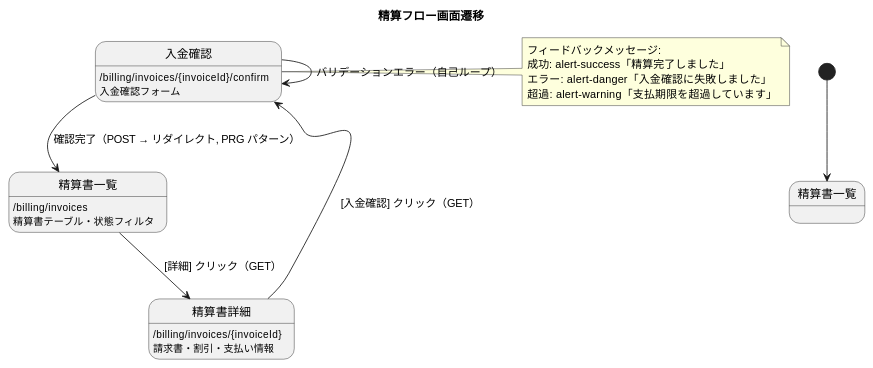
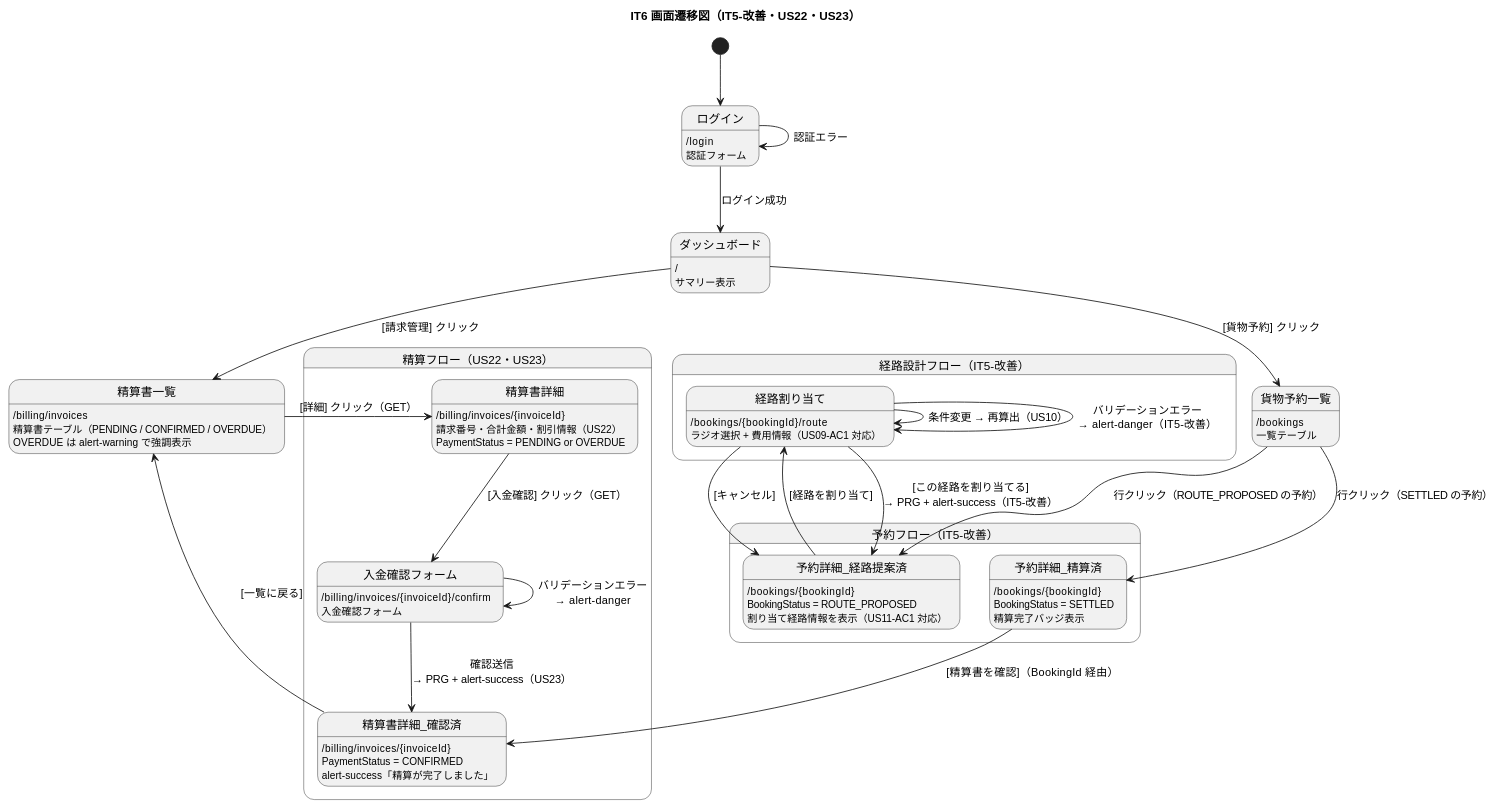
The seventh of 7 diagrams in docs/development/iteration_plan-6.md (k2works/case-study-cargo-tracker), drawn with PlantUML before and after one commit. The commit also changed other lines of this file, not shown here.

Commit message:
docs(plan): IT6 画面遷移図をログインから全体フロー形式に更新（IT5 準拠）
- ログイン → ダッシュボード → 予約/経路/精算フローの全体遷移を記述
- IT5-改善（費用情報・経路情報表示・フィードバックメッセージ）を遷移図に反映
- US22（割引情報表示）・US23（精算書発行・入金確認）の精算フローを追加
- PRG パターン・バリデーションエラー自己ループ・フィードバックメッセージを明記

````diff
--- a/docs/development/iteration_plan-6.md
+++ b/docs/development/iteration_plan-6.md
@@ -361,34 +363,88 @@
 ```plantuml
 @startuml
-title 精算フロー画面遷移
+title IT6 画面遷移図（IT5-改善・US22・US23）
 
-[*] --> 精算書一覧
+[*] --> ログイン
 
-state "精算書一覧" as invoice_list {
-  invoice_list : /billing/invoices
-  invoice_list : 精算書テーブル・状態フィルタ
+state ログイン {
+  ログイン : /login
+  ログイン : 認証フォーム
 }
 
-state "精算書詳細" as invoice_detail {
-  invoice_detail : /billing/invoices/{invoiceId}
-  invoice_detail : 請求書・割引・支払い情報
+ログイン --> ダッシュボード : ログイン成功
+ログイン --> ログイン : 認証エラー
+
+state ダッシュボード {
+  ダッシュボード : /
+  ダッシュボード : サマリー表示
 }
 
-state "入金確認" as confirm {
-  confirm : /billing/invoices/{invoiceId}/confirm
-  confirm : 入金確認フォーム
+ダッシュボード --> 貨物予約一覧 : [貨物予約] クリック
+ダッシュボード --> 精算書一覧 : [請求管理] クリック
+
+state "予約フロー（IT5-改善）" as booking_flow {
+  state 貨物予約一覧 {
+    貨物予約一覧 : /bookings
+    貨物予約一覧 : 一覧テーブル
+  }
+  state 予約詳細_経路提案済 {
+    予約詳細_経路提案済 : /bookings/{bookingId}
+    予約詳細_経路提案済 : BookingStatus = ROUTE_PROPOSED
+    予約詳細_経路提案済 : 割り当て経路情報を表示（US11-AC1 対応）
+  }
+  state 予約詳細_精算済 {
+    予約詳細_精算済 : /bookings/{bookingId}
+    予約詳細_精算済 : BookingStatus = SETTLED
+    予約詳細_精算済 : 精算完了バッジ表示
+  }
+
+  貨物予約一覧 --> 予約詳細_経路提案済 : 行クリック（ROUTE_PROPOSED の予約）
+  貨物予約一覧 --> 予約詳細_精算済 : 行クリック（SETTLED の予約）
 }
 
-invoice_list --> invoice_detail : [詳細] クリック（GET）
-invoice_detail --> confirm : [入金確認] クリック（GET）
-confirm --> invoice_list : 確認完了（POST → リダイレクト, PRG パターン）
-confirm --> confirm : バリデーションエラー（自己ループ）
+state "経路設計フロー（IT5-改善）" as routing_flow {
+  state 経路割り当て {
+    経路割り当て : /bookings/{bookingId}/route
+    経路割り当て : ラジオ選択 + 費用情報（US09-AC1 対応）
+  }
 
-note right of confirm
-  フィードバックメッセージ:
-  成功: alert-success「精算完了しました」
-  エラー: alert-danger「入金確認に失敗しました」
-  超過: alert-warning「支払期限を超過しています」
-end note
+  経路割り当て --> 経路割り当て : 条件変更 → 再算出（US10）
+  経路割り当て --> 経路割り当て : バリデーションエラー\n→ alert-danger（IT5-改善）
+}
+
+予約詳細_経路提案済 --> 経路割り当て : [経路を割り当て]
+経路割り当て --> 予約詳細_経路提案済 : [この経路を割り当てる]\n→ PRG + alert-success（IT5-改善）
+経路割り当て --> 予約詳細_経路提案済 : [キャンセル]
+
+state "精算フロー（US22・US23）" as billing_flow {
+  state 精算書一覧 {
+    精算書一覧 : /billing/invoices
+    精算書一覧 : 精算書テーブル（PENDING / CONFIRMED / OVERDUE）
+    精算書一覧 : OVERDUE は alert-warning で強調表示
+  }
+  state 精算書詳細 {
+    精算書詳細 : /billing/invoices/{invoiceId}
+    精算書詳細 : 請求番号・合計金額・割引情報（US22）
+    精算書詳細 : PaymentStatus = PENDING or OVERDUE
+  }
+  state 入金確認フォーム {
+    入金確認フォーム : /billing/invoices/{invoiceId}/confirm
+    入金確認フォーム : 入金確認フォーム
+  }
+  state 精算書詳細_確認済 {
+    精算書詳細_確認済 : /billing/invoices/{invoiceId}
+    精算書詳細_確認済 : PaymentStatus = CONFIRMED
+    精算書詳細_確認済 : alert-success「精算が完了しました」
+  }
+
+  精算書一覧 --> 精算書詳細 : [詳細] クリック（GET）
+  精算書詳細 --> 入金確認フォーム : [入金確認] クリック（GET）
+  入金確認フォーム --> 精算書詳細_確認済 : 確認送信\n→ PRG + alert-success（US23）
+  入金確認フォーム --> 入金確認フォーム : バリデーションエラー\n→ alert-danger
+  精算書詳細_確認済 --> 精算書一覧 : [一覧に戻る]
+}
+
+予約詳細_精算済 --> 精算書詳細_確認済 : [精算書を確認]（BookingId 経由）
+
 @enduml
 ```
````
